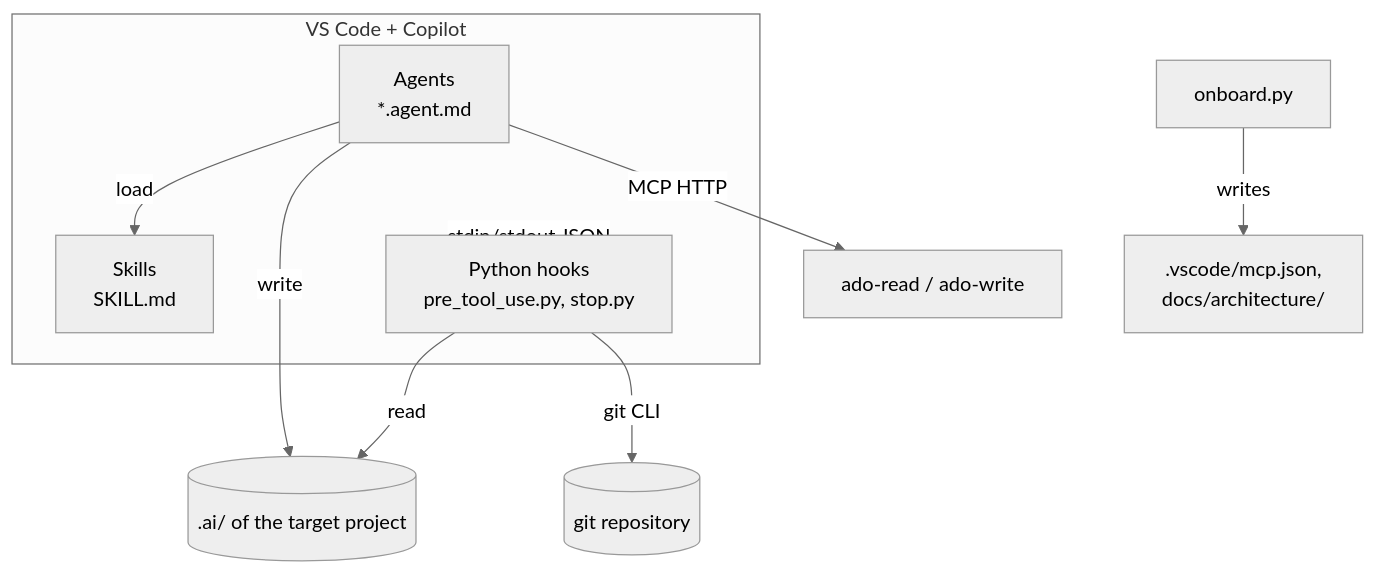
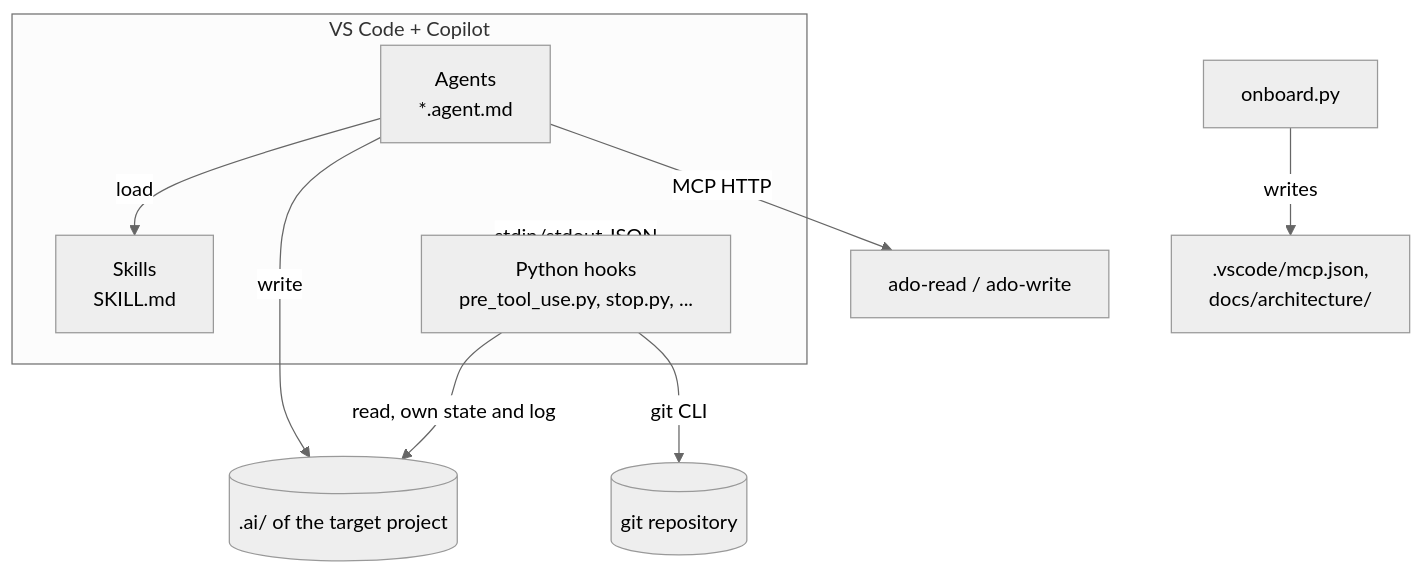
One commit to Antonin-Artaud/ai-driven-dev-harness changed the diagram in docs/architecture/containers.md. Above: the diagram before and after it, drawn with Mermaid (neutral theme). The commit also changed other lines of this file and 62 other files, not shown here.

````diff
--- a/docs/architecture/containers.md
+++ b/docs/architecture/containers.md
@@ -32,15 +33,15 @@
 ```mermaid
 flowchart TB
   subgraph host[VS Code + Copilot]
     agents[Agents<br/>*.agent.md]
     skills[Skills<br/>SKILL.md]
-    hooks[Python hooks<br/>pre_tool_use.py, stop.py]
+    hooks[Python hooks<br/>pre_tool_use.py, stop.py, ...]
   end
   agents -->|load| skills
   host -->|stdin/stdout JSON| hooks
-  hooks -->|read| ai[(.ai/ of the target project)]
+  hooks -->|read, own state and log| ai[(.ai/ of the target project)]
   hooks -->|git CLI| git[(git repository)]
   agents -->|write| ai
   agents -->|MCP HTTP| mcp[ado-read / ado-write]
   onboard[onboard.py] -->|writes| cfg[.vscode/mcp.json,<br/>docs/architecture/]
 ```
````
